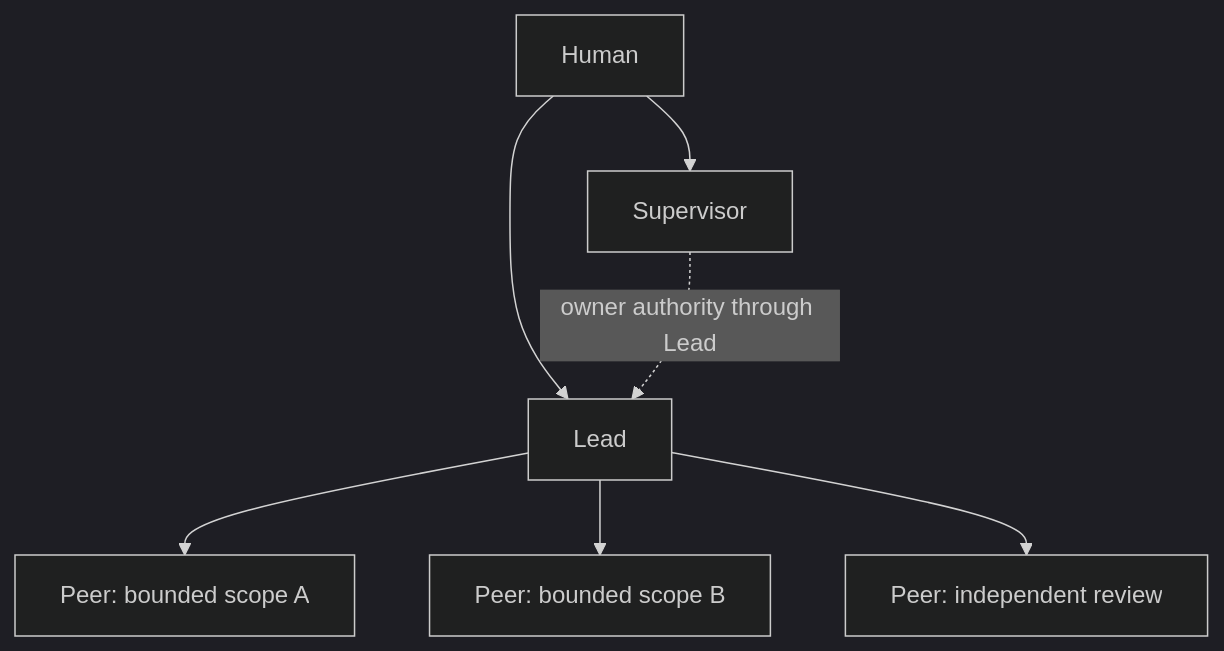
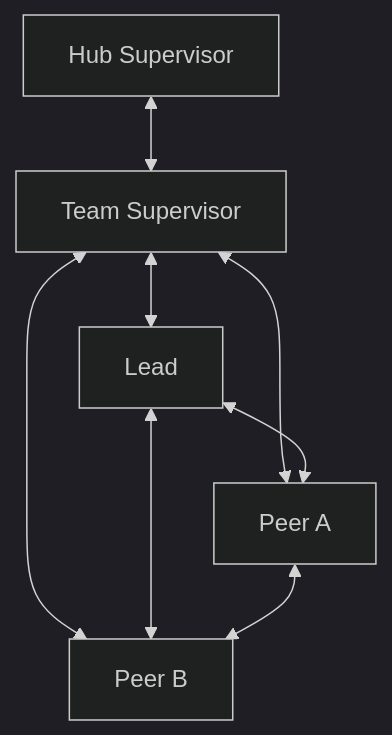
One commit to ReinaMacCredy/maestro changed the diagram in README.md. Above: the diagram before and after it, drawn with Mermaid (dark theme). The commit also changed other lines of this file and 52 other files, not shown here.

````diff
--- a/README.md
+++ b/README.md
@@ -87,9 +72,10 @@
 ```mermaid
 flowchart TB
-  Human --> Supervisor
-  Human --> Lead
-  Supervisor -. "owner authority through Lead" .-> Lead
-  Lead --> PeerA["Peer: bounded scope A"]
-  Lead --> PeerB["Peer: bounded scope B"]
-  Lead --> PeerC["Peer: independent review"]
+  Hub["Hub Supervisor"] <--> Team["Team Supervisor"]
+  Team <--> Lead
+  Team <--> PeerA["Peer A"]
+  Team <--> PeerB["Peer B"]
+  Lead <--> PeerA
+  Lead <--> PeerB
+  PeerA <--> PeerB
 ```
````
